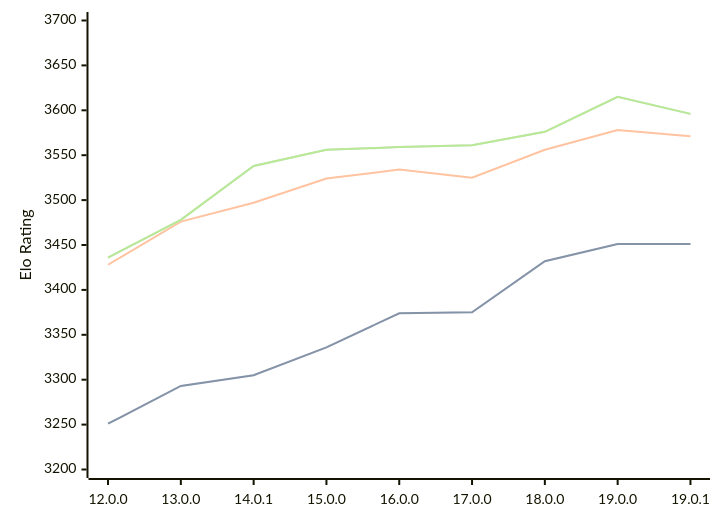
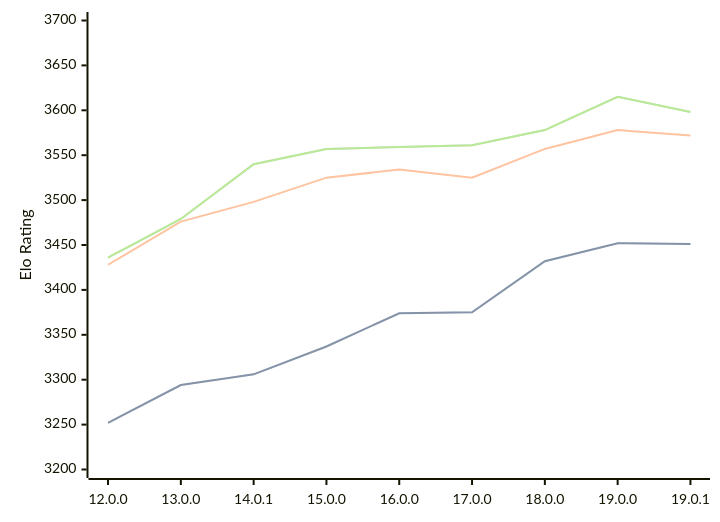
One commit to computer-chess-index/cci changed the diagram in engines/Viridithas.md. Above: the diagram before and after it, drawn with Mermaid. The commit also changed other lines of this file, not shown here.

Commit message:
Update CCI Ratings (ELO VLTC) - 2026-05-03

````diff
--- a/engines/Viridithas.md
+++ b/engines/Viridithas.md
@@ -63,11 +63,11 @@
 ```mermaid
 %%{init: {"theme":"base","themeVariables":{"seriesColors:['#a3a3a3','#222221','#faa371']}}}%%
 xychart-beta
   x-axis ["12.0.0", "13.0.0", "14.0.1", "15.0.0", "16.0.0", "17.0.0", "18.0.0", "19.0.0", "19.0.1"]
   y-axis "Elo Rating" 3200 --> 3700
-  line "STC (8.0+0.08s)" [3251, 3293, 3305, 3336, 3374, 3375, 3432, 3451, 3451]
-  line "STC (8.0+0.08s)" [3251, 3293, 3305, 3336, 3374, 3375, 3432, 3451, 3451]
-  line "LTC (60.0+0.60s)" [3428, 3476, 3497, 3524, 3534, 3525, 3556, 3578, 3571]
-  line "VLTC (2m24s+1.12s)" [3436, 3478, 3538, 3556, 3559, 3561, 3576, 3615, 3596]
-  line "VLTC (2m24s+1.12s)" [3436, 3478, 3538, 3556, 3559, 3561, 3576, 3615, 3596]
+  line "STC (8.0+0.08s)" [3252, 3294, 3306, 3337, 3374, 3375, 3432, 3452, 3451]
+  line "STC (8.0+0.08s)" [3252, 3294, 3306, 3337, 3374, 3375, 3432, 3452, 3451]
+  line "LTC (60.0+0.60s)" [3428, 3476, 3498, 3525, 3534, 3525, 3557, 3578, 3572]
+  line "VLTC (2m24s+1.12s)" [3436, 3479, 3540, 3557, 3559, 3561, 3578, 3615, 3598]
+  line "VLTC (2m24s+1.12s)" [3436, 3479, 3540, 3557, 3559, 3561, 3578, 3615, 3598]
 ```
````
